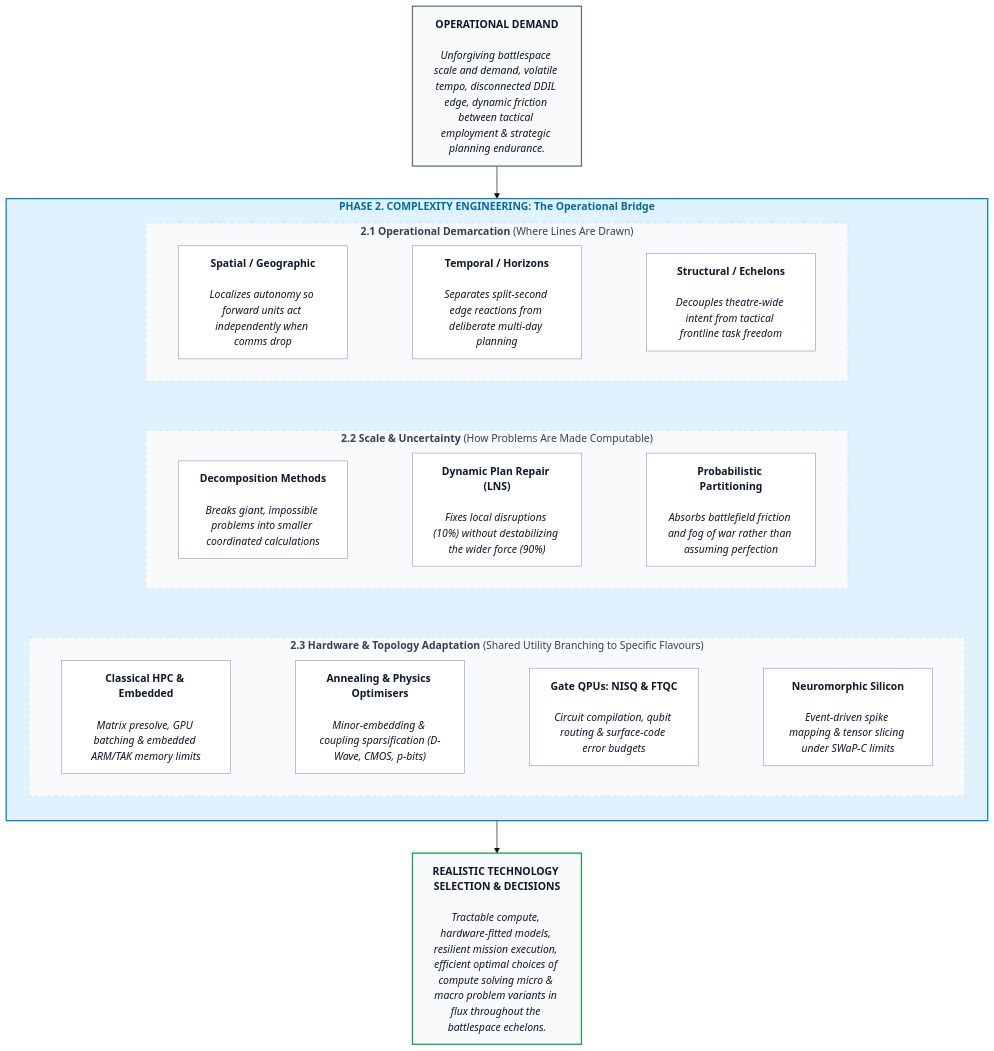
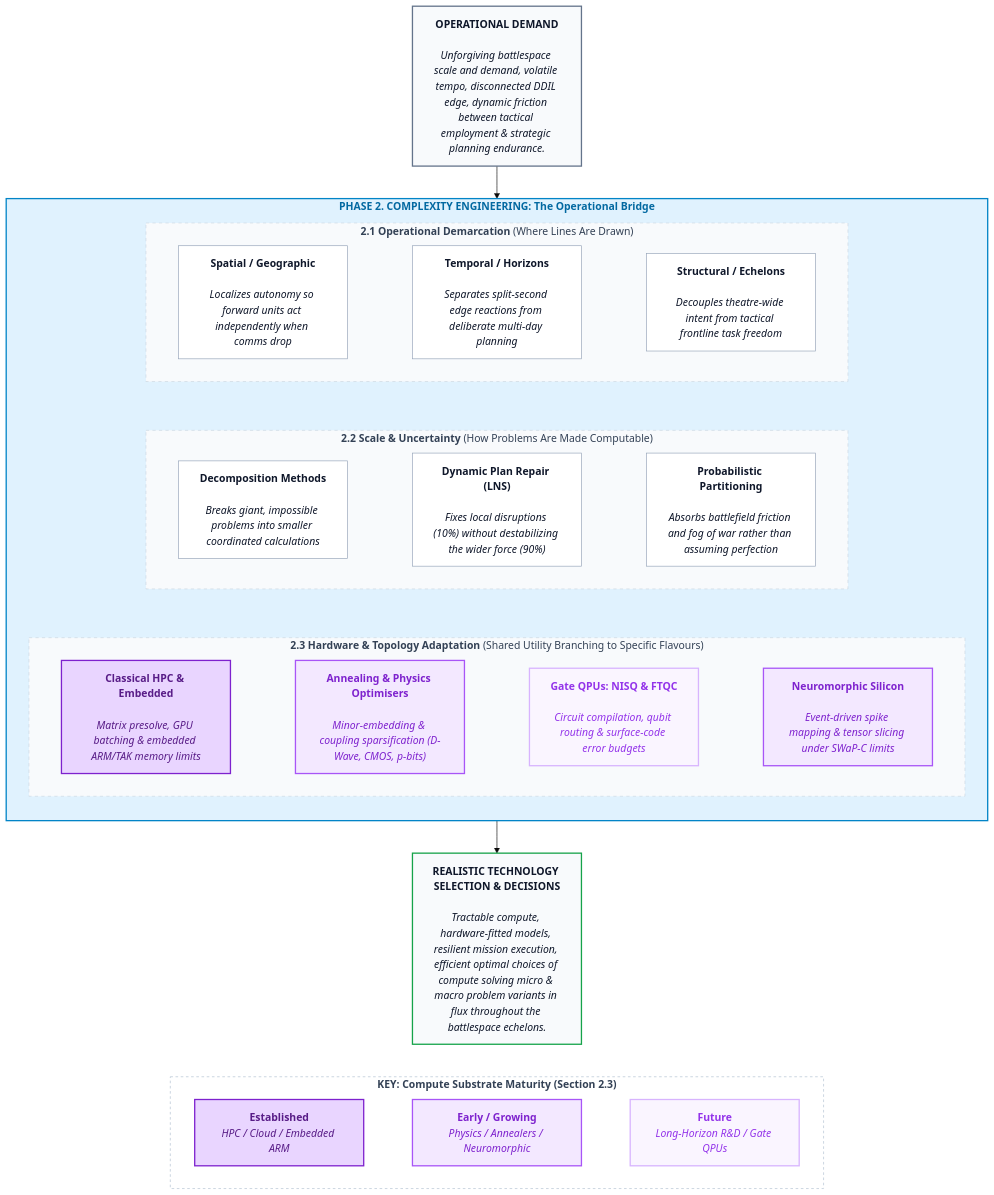
One commit to baddogdown/knowledge changed the sixth of 8 diagrams in quantum/The_Emergent_Algorithmic_Bridge.md. Above: the diagram before and after it, drawn with Mermaid (base theme). The commit also changed other lines of this file, not shown here.

````diff
--- a/quantum/The_Emergent_Algorithmic_Bridge.md
+++ b/quantum/The_Emergent_Algorithmic_Bridge.md
@@ -763,66 +756,82 @@
 ```mermaid
 flowchart TB
 
     DEMAND["<b>OPERATIONAL DEMAND</b><br/><br/><i>Unforgiving battlespace scale and demand, volatile tempo, disconnected DDIL edge, dynamic friction between tactical employment & strategic planning endurance.</i>"]
     
     OUTCOME["<b>REALISTIC TECHNOLOGY SELECTION & DECISIONS</b><br/><br/><i>Tractable compute, hardware-fitted models, resilient mission execution, efficient optimal choices of compute solving micro & macro problem variants in flux throughout the battlespace echelons.</i>"]
 
     subgraph BRIDGE ["<b>PHASE 2. COMPLEXITY ENGINEERING: The Operational Bridge</b>"]
         direction TB
 
         %% Row 1: Section 2.1 Bullets
         subgraph SEC21 ["<b>2.1 Operational Demarcation</b> (Where Lines Are Drawn)"]
             direction LR
             B1["<b>Spatial / Geographic</b><br/><br/><i>Localizes autonomy so forward units act independently when comms drop</i>"]
             B2["<b>Temporal / Horizons</b><br/><br/><i>Separates split-second edge reactions from deliberate multi-day planning</i>"]
             B3["<b>Structural / Echelons</b><br/><br/><i>Decouples theatre-wide intent from tactical frontline task freedom</i>"]
             B1 ~~~ B2 ~~~ B3
         end
 
         %% Row 2: Section 2.2 Bullets
         subgraph SEC22 ["<b>2.2 Scale & Uncertainty</b> (How Problems Are Made Computable)"]
             direction LR
             M1["<b>Decomposition Methods</b><br/><br/><i>Breaks giant, impossible problems into smaller coordinated calculations</i>"]
             M2["<b>Dynamic Plan Repair (LNS)</b><br/><br/><i>Fixes local disruptions (10%) without destabilizing the wider force (90%)</i>"]
             M3["<b>Probabilistic Partitioning</b><br/><br/><i>Absorbs battlefield friction and fog of war rather than assuming perfection</i>"]
             M1 ~~~ M2 ~~~ M3
         end
 
         %% Row 3: Section 2.3 Bullets
         subgraph SEC23 ["<b>2.3 Hardware & Topology Adaptation</b> (Shared Utility Branching to Specific Flavours)"]
             direction LR
             H0["<b>Classical HPC & Embedded</b><br/><br/><i>Matrix presolve, GPU batching & embedded ARM/TAK memory limits</i>"]
             H1["<b>Annealing & Physics Optimisers</b><br/><br/><i>Minor-embedding & coupling sparsification (D-Wave, CMOS, p-bits)</i>"]
             H2["<b>Gate QPUs: NISQ & FTQC</b><br/><br/><i>Circuit compilation, qubit routing & surface-code error budgets</i>"]
             H3["<b>Neuromorphic Silicon</b><br/><br/><i>Event-driven spike mapping & tensor slicing under SWaP-C limits</i>"]
             H0 ~~~ H1 ~~~ H2 ~~~ H3
         end
 
         SEC21 ~~~ SEC22 ~~~ SEC23
     end
 
     DEMAND --> BRIDGE
     BRIDGE --> OUTCOME
 
+    subgraph KEY_D4 ["<b>KEY: Compute Substrate Maturity (Section 2.3)</b>"]
+        direction LR
+        K1["<b>Established</b><br/><i>HPC / Cloud / Embedded ARM</i>"]
+        K2["<b>Early / Growing</b><br/><i>Physics / Annealers / Neuromorphic</i>"]
+        K3["<b>Future</b><br/><i>Long-Horizon R&D / Gate QPUs</i>"]
+        K1 ~~~ K2 ~~~ K3
+    end
+
+    OUTCOME ~~~ KEY_D4
+
     %% Styling
     style DEMAND fill:#f8fafc,stroke:#64748b,stroke-width:2px,color:#0f172a
     style OUTCOME fill:#f8fafc,stroke:#16a34a,stroke-width:2px,color:#0f172a
 
     style BRIDGE fill:#e0f2fe,stroke:#0284c7,stroke-width:2px,color:#0369a1
     style SEC21 fill:#f8fafc,stroke:#cbd5e1,stroke-width:1px,stroke-dasharray: 5 5,color:#334155
     style SEC22 fill:#f8fafc,stroke:#cbd5e1,stroke-width:1px,stroke-dasharray: 5 5,color:#334155
     style SEC23 fill:#f8fafc,stroke:#cbd5e1,stroke-width:1px,stroke-dasharray: 5 5,color:#334155
 
     style B1 fill:#ffffff,stroke:#94a3b8,stroke-width:1px,color:#0f172a
     style B2 fill:#ffffff,stroke:#94a3b8,stroke-width:1px,color:#0f172a
     style B3 fill:#ffffff,stroke:#94a3b8,stroke-width:1px,color:#0f172a
 
     style M1 fill:#ffffff,stroke:#94a3b8,stroke-width:1px,color:#0f172a
     style M2 fill:#ffffff,stroke:#94a3b8,stroke-width:1px,color:#0f172a
     style M3 fill:#ffffff,stroke:#94a3b8,stroke-width:1px,color:#0f172a
 
-    style H0 fill:#ffffff,stroke:#94a3b8,stroke-width:1px,color:#0f172a
-    style H1 fill:#ffffff,stroke:#94a3b8,stroke-width:1px,color:#0f172a
-    style H2 fill:#ffffff,stroke:#94a3b8,stroke-width:1px,color:#0f172a
-    style H3 fill:#ffffff,stroke:#94a3b8,stroke-width:1px,color:#0f172a
+    style KEY_D4 fill:#ffffff,stroke:#cbd5e1,stroke-width:1.5px,stroke-dasharray: 4 4,color:#334155
+
+    %% Substrate Maturity Classes (matching Diagram 1)
+    classDef matureStrong fill:#e9d5ff,stroke:#7e22ce,stroke-width:2px,color:#581c87
+    classDef matureMedium fill:#f3e8ff,stroke:#a855f7,stroke-width:2px,color:#7e22ce
+    classDef matureWeak fill:#faf5ff,stroke:#d8b4fe,stroke-width:2px,color:#9333ea
+
+    class H0,K1 matureStrong
+    class H1,H3,K2 matureMedium
+    class H2,K3 matureWeak
 ```
````
